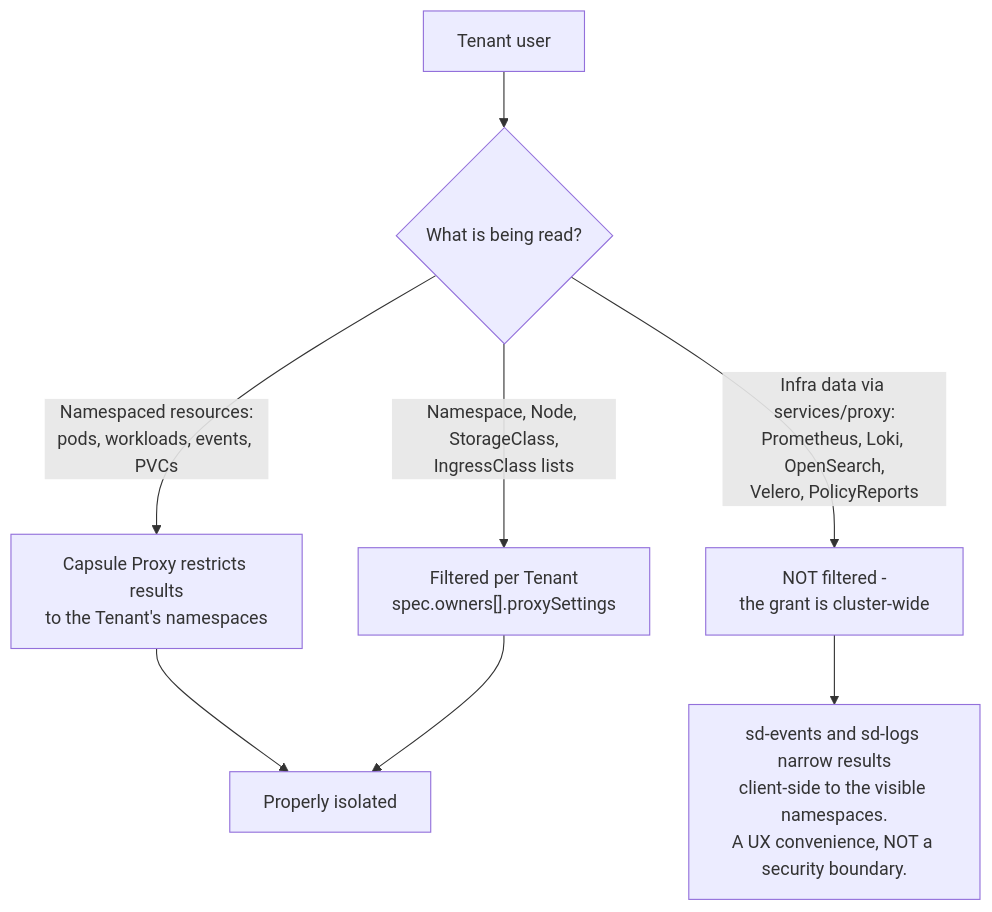
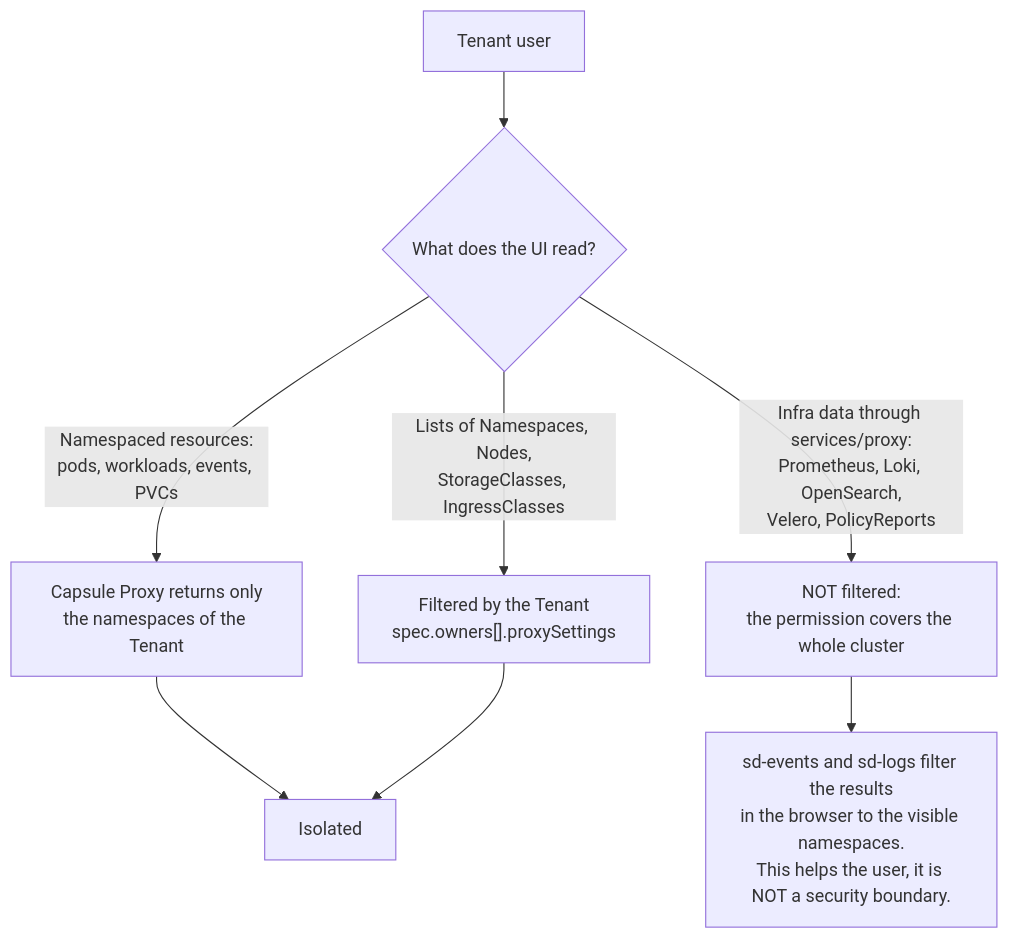
Before and after one commit to sighupio/module-utilities: the second of 2 diagrams in examples/oidc-capsule/README.md, drawn with Mermaid. The commit also changed other lines of this file and 26 other files, not shown here.

````diff
--- a/examples/oidc-capsule/README.md
+++ b/examples/oidc-capsule/README.md
@@ -77,12 +91,12 @@
 ```mermaid
 flowchart TD
-    U["Tenant user"] --> R{"What is being read?"}
+    U["Tenant user"] --> R{"What does the UI read?"}
 
-    R -->|"Namespaced resources:<br/>pods, workloads, events, PVCs"| L1["Capsule Proxy restricts results<br/>to the Tenant's namespaces"]
-    R -->|"Namespace, Node, StorageClass,<br/>IngressClass lists"| L2["Filtered per Tenant<br/>spec.owners[].proxySettings"]
-    R -->|"Infra data via services/proxy:<br/>Prometheus, Loki, OpenSearch,<br/>Velero, PolicyReports"| L3["NOT filtered -<br/>the grant is cluster-wide"]
+    R -->|"Namespaced resources:<br/>pods, workloads, events, PVCs"| L1["Capsule Proxy returns only<br/>the namespaces of the Tenant"]
+    R -->|"Lists of Namespaces, Nodes,<br/>StorageClasses, IngressClasses"| L2["Filtered by the Tenant<br/>spec.owners[].proxySettings"]
+    R -->|"Infra data through services/proxy:<br/>Prometheus, Loki, OpenSearch,<br/>Velero, PolicyReports"| L3["NOT filtered:<br/>the permission covers the whole cluster"]
 
-    L1 --> OK["Properly isolated"]
+    L1 --> OK["Isolated"]
     L2 --> OK
-    L3 --> W["sd-events and sd-logs narrow results<br/>client-side to the visible namespaces.<br/>A UX convenience, NOT a security boundary."]
+    L3 --> W["sd-events and sd-logs filter the results<br/>in the browser to the visible namespaces.<br/>This helps the user, it is NOT a security boundary."]
 ```
````
